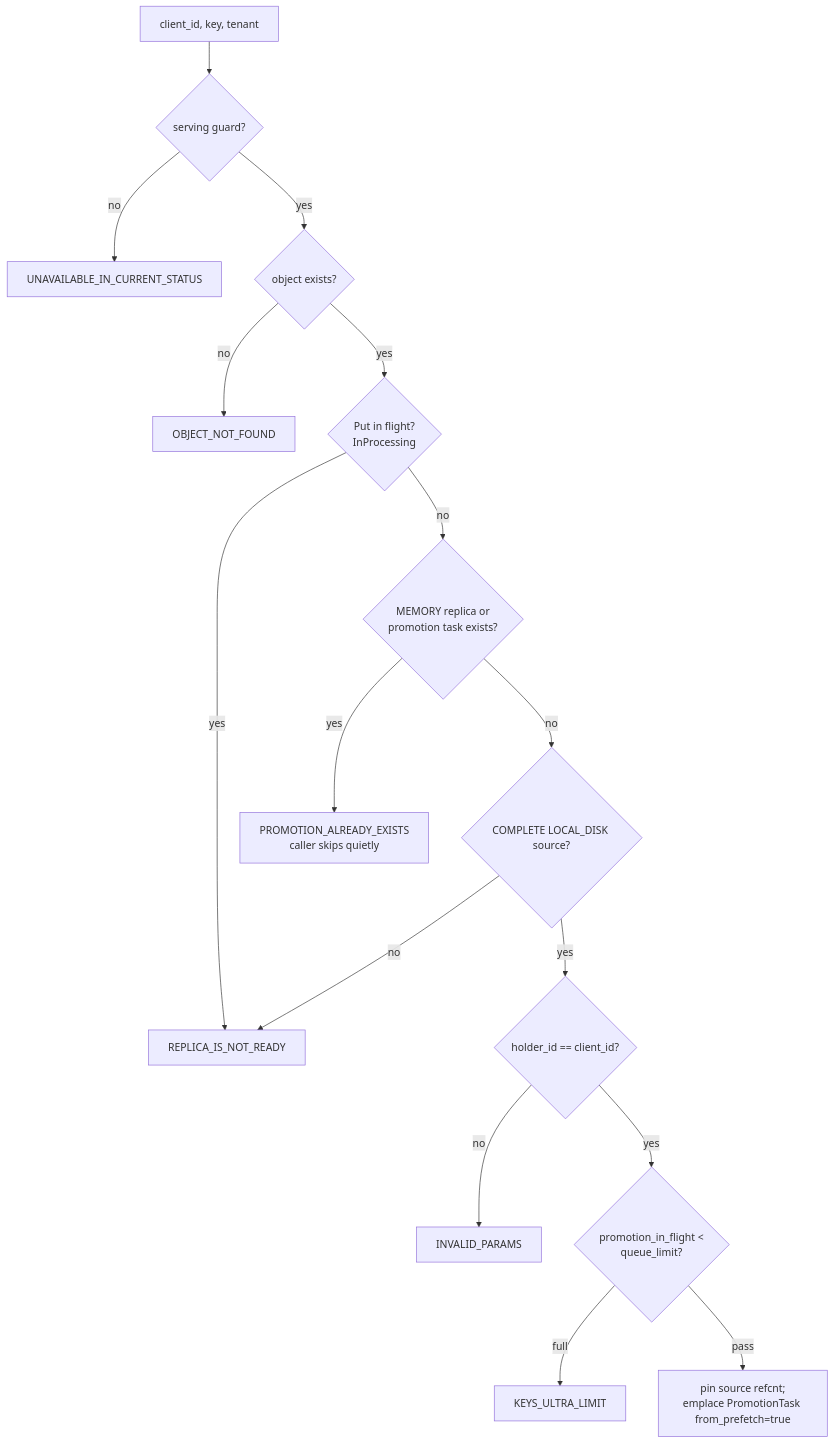
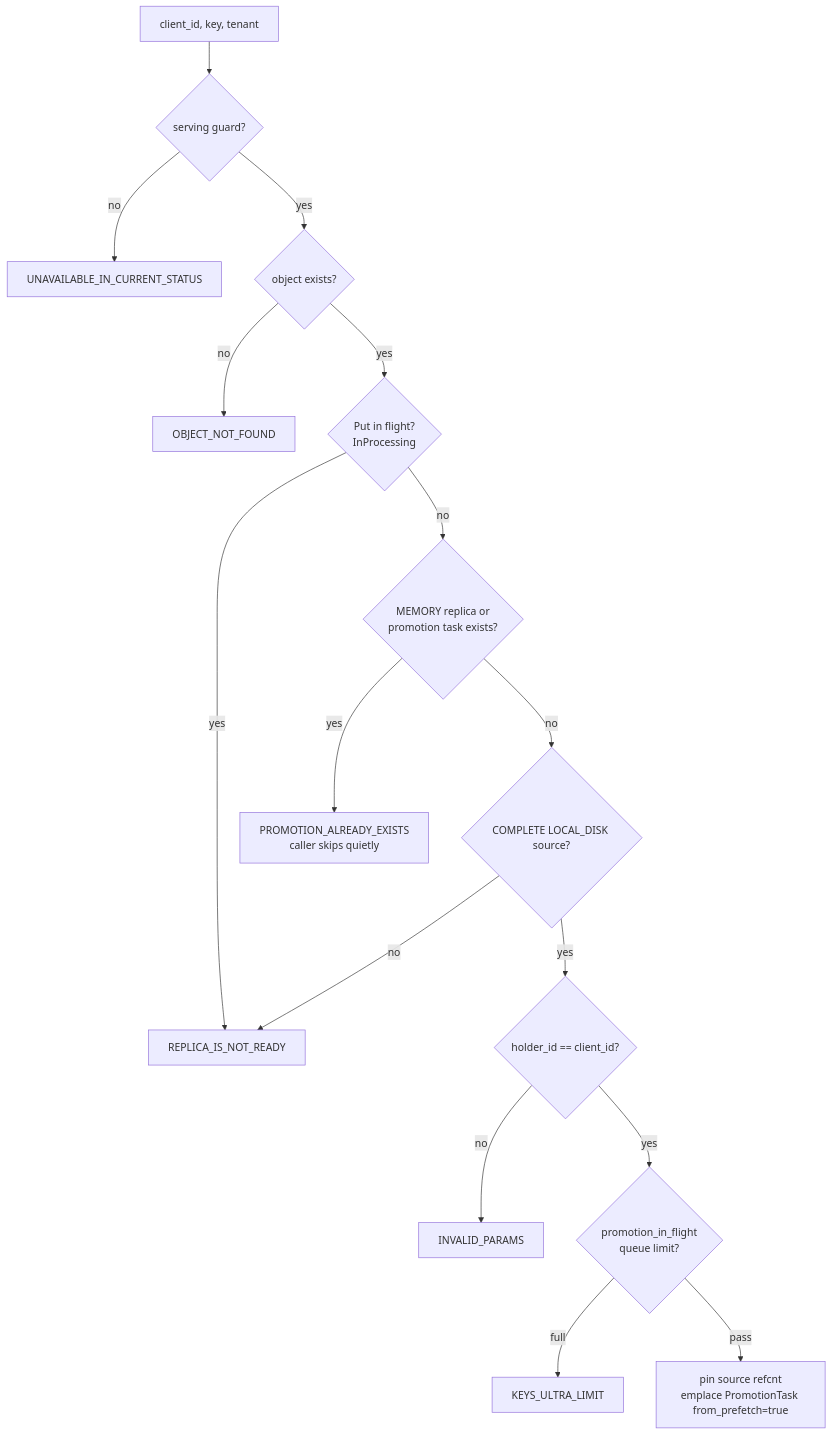
One commit to kvcache-ai/Mooncake changed the fourth of 5 diagrams in docs/source/design/ssd-prefetch.md. Above: the diagram before and after it, drawn with Mermaid. The commit also changed other lines of this file, not shown here.

First line of the commit message:
[Docs][Store] Fix mermaid syntax in SSD prefetch design diagrams

````diff
--- a/docs/source/design/ssd-prefetch.md
+++ b/docs/source/design/ssd-prefetch.md
@@ -223,18 +224,18 @@
 ```mermaid
 flowchart TD
     A[client_id, key, tenant] --> B{serving guard?}
     B -- no --> X1[UNAVAILABLE_IN_CURRENT_STATUS]
     B -- yes --> C{object exists?}
     C -- no --> X2[OBJECT_NOT_FOUND]
     C -- yes --> D{Put in flight?<br/>InProcessing}
     D -- yes --> X3[REPLICA_IS_NOT_READY]
     D -- no --> E{MEMORY replica or<br/>promotion task exists?}
     E -- yes --> X4[PROMOTION_ALREADY_EXISTS<br/>caller skips quietly]
     E -- no --> F{COMPLETE LOCAL_DISK source?}
     F -- no --> X3
-    F -- yes --> G{holder_id == client_id?}
+    F -- yes --> G{"holder_id == client_id?"}
     G -- no --> X5[INVALID_PARAMS]
-    G -- yes --> H{promotion_in_flight <<br/>queue_limit?}
+    G -- yes --> H{promotion_in_flight<br/>queue limit?}
     H -- full --> X6[KEYS_ULTRA_LIMIT]
-    H -- pass --> I[pin source refcnt;<br/>emplace PromotionTask from_prefetch=true]
+    H -- pass --> I[pin source refcnt<br/>emplace PromotionTask from_prefetch=true]
 ```
````
